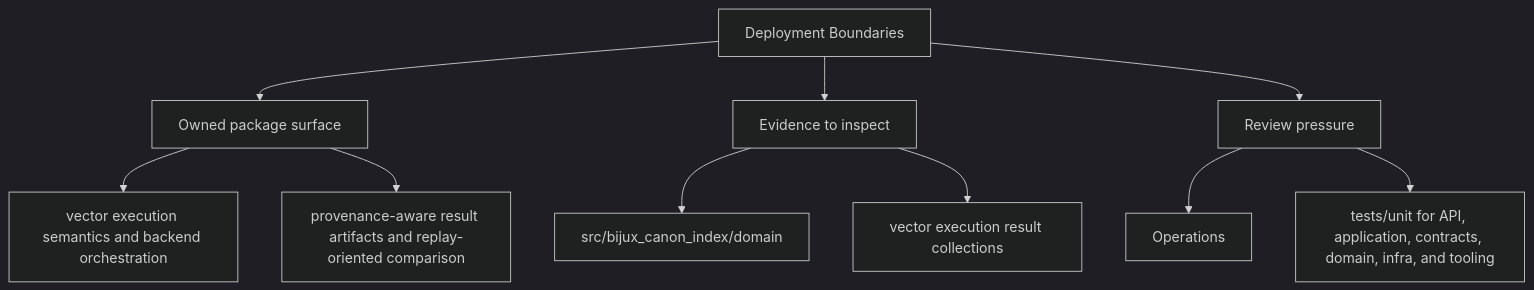
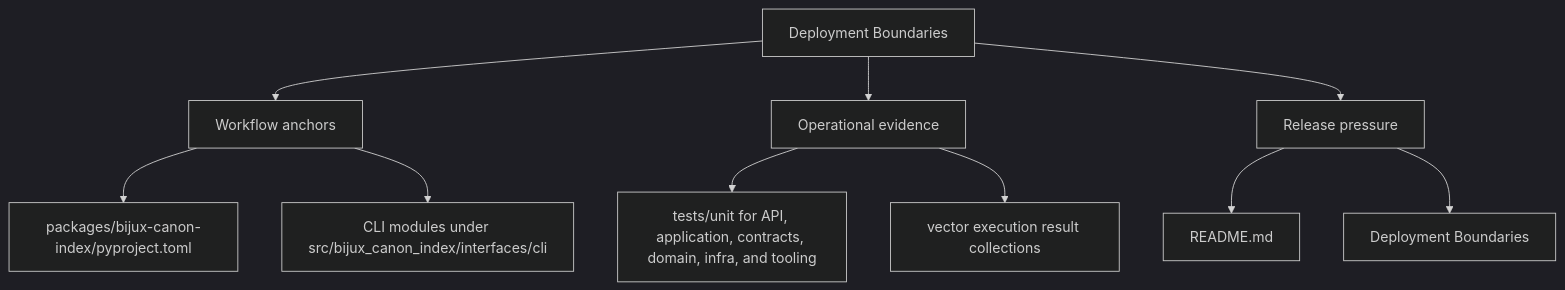
Before and after one commit to bijux/bijux-canon: the second of 2 diagrams in docs/bijux-canon-index/operations/deployment-boundaries.md, drawn with Mermaid (dark theme). The commit also changed other lines of this file and 250 other files, not shown here.

Commit message:
docs(diagrams): make product page maps more readable

````diff
--- a/docs/bijux-canon-index/operations/deployment-boundaries.md
+++ b/docs/bijux-canon-index/operations/deployment-boundaries.md
@@ -34,22 +34,22 @@
 ```mermaid
 flowchart TD
     page["Deployment Boundaries"]
-    focus1["Owned package surface"]
+    focus1["Workflow anchors"]
     page --> focus1
-    focus1_1["vector execution semantics and backend orchestration"]
+    focus1_1["packages/bijux-canon-index/pyproject.toml"]
     focus1 --> focus1_1
-    focus1_2["provenance-aware result artifacts and replay-oriented comparison"]
+    focus1_2["CLI modules under src/bijux_canon_index/interfaces/cli"]
     focus1 --> focus1_2
-    focus2["Evidence to inspect"]
+    focus2["Operational evidence"]
     page --> focus2
-    focus2_1["src/bijux_canon_index/domain"]
+    focus2_1["tests/unit for API, application, contracts, domain, infra, and tooling"]
     focus2 --> focus2_1
     focus2_2["vector execution result collections"]
     focus2 --> focus2_2
-    focus3["Review pressure"]
+    focus3["Release pressure"]
     page --> focus3
-    focus3_1["Operations"]
+    focus3_1["README.md"]
     focus3 --> focus3_1
-    focus3_2["tests/unit for API, application, contracts, domain, infra, and tooling"]
+    focus3_2["Deployment Boundaries"]
     focus3 --> focus3_2
 ```
````
